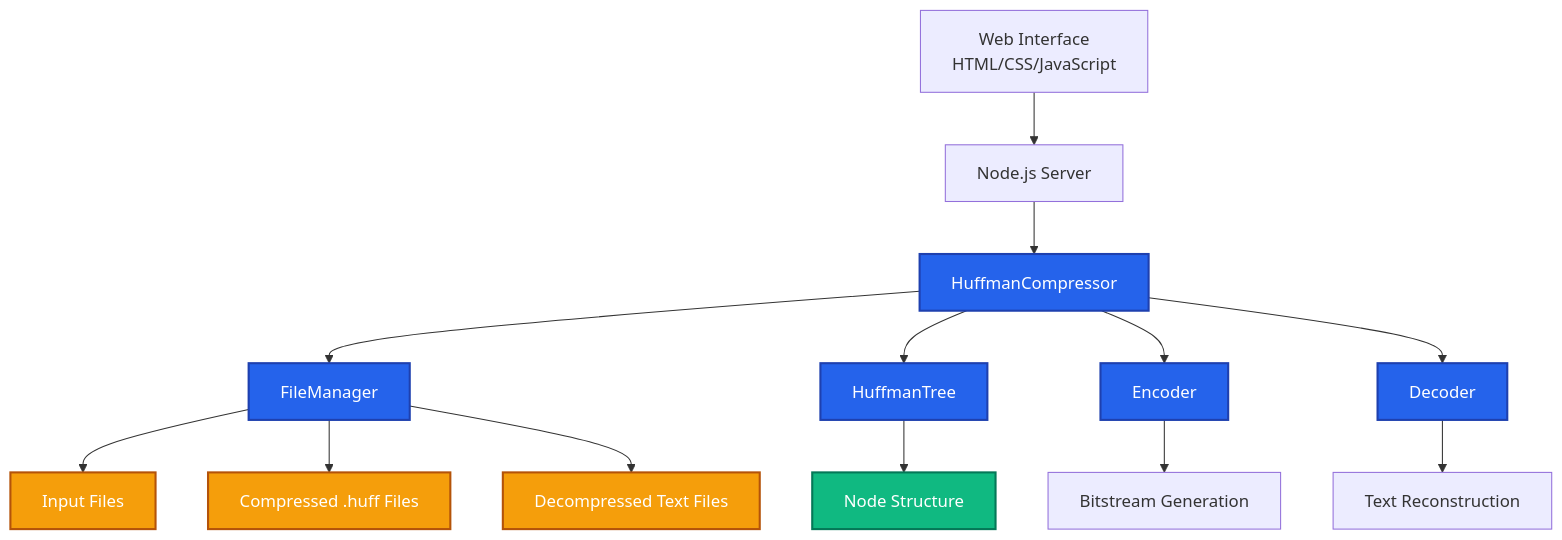
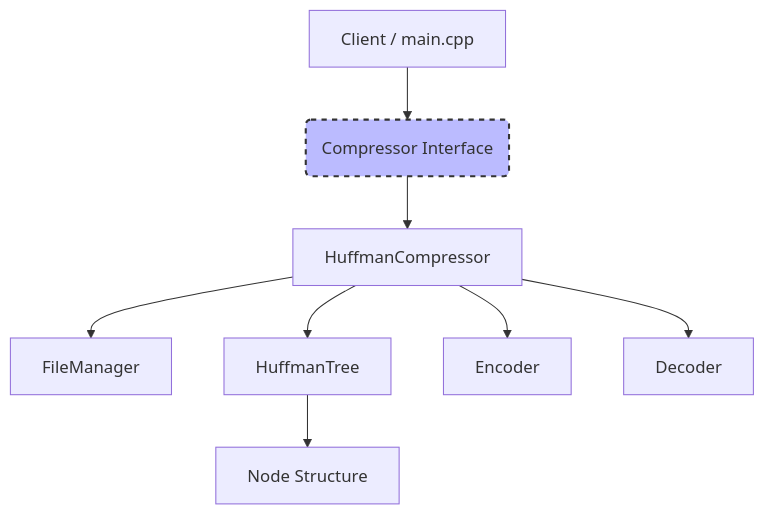
The diagram in README.md (rupamkgp/lossless-text-compression-engine), drawn with Mermaid before and after one commit. The commit also changed other lines of this file and 21 other files, not shown here.

````diff
--- a/README.md
+++ b/README.md
@@ -67,28 +11,17 @@
 ```mermaid
 graph TD
+    classDef component fill:#f9f,stroke:#333,stroke-width:2px;
+    classDef interface fill:#bbf,stroke:#333,stroke-width:2px,stroke-dasharray: 5 5;
 
-    A[Web Interface<br>HTML/CSS/JavaScript] --> B[Node.js Server]
+    A[Client / main.cpp] --> B(Compressor Interface)
     B --> C[HuffmanCompressor]
-
+    
     C --> D[FileManager]
     C --> E[HuffmanTree]
     C --> F[Encoder]
     C --> G[Decoder]
 
     E --> H[Node Structure]
-
-    D --> I[Input Files]
-    D --> J[Compressed .huff Files]
-    D --> K[Decompressed Text Files]
-
-    F --> L[Bitstream Generation]
-    G --> M[Text Reconstruction]
-
-    classDef component fill:#2563eb,color:#fff,stroke:#1e40af,stroke-width:2px;
-    classDef interface fill:#10b981,color:#fff,stroke:#047857,stroke-width:2px;
-    classDef storage fill:#f59e0b,color:#fff,stroke:#b45309,stroke-width:2px;
-
-    class C,E,F,G,D component;
-    class H interface;
-    class I,J,K storage;
+    
+    class B interface;
 ```
````
